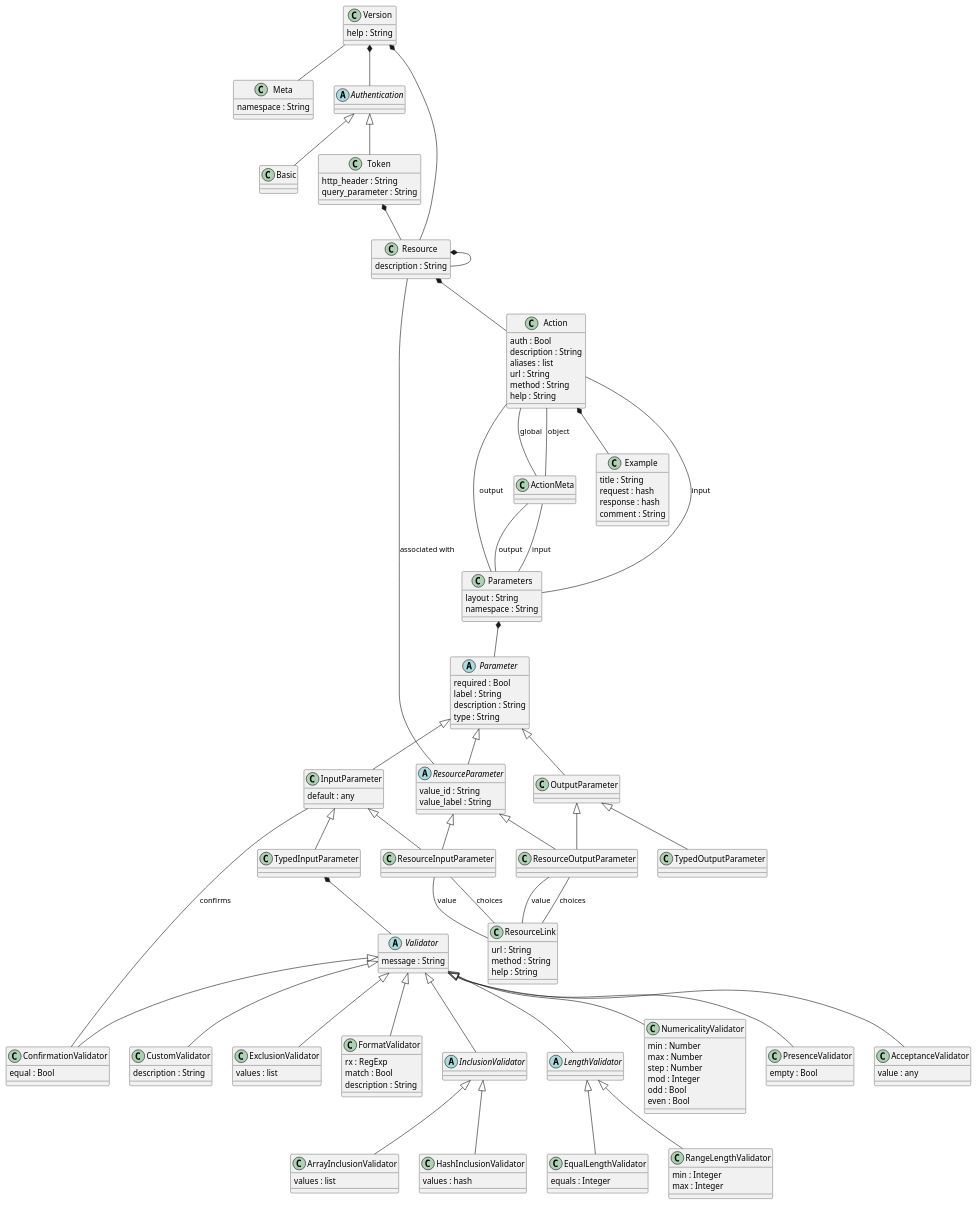
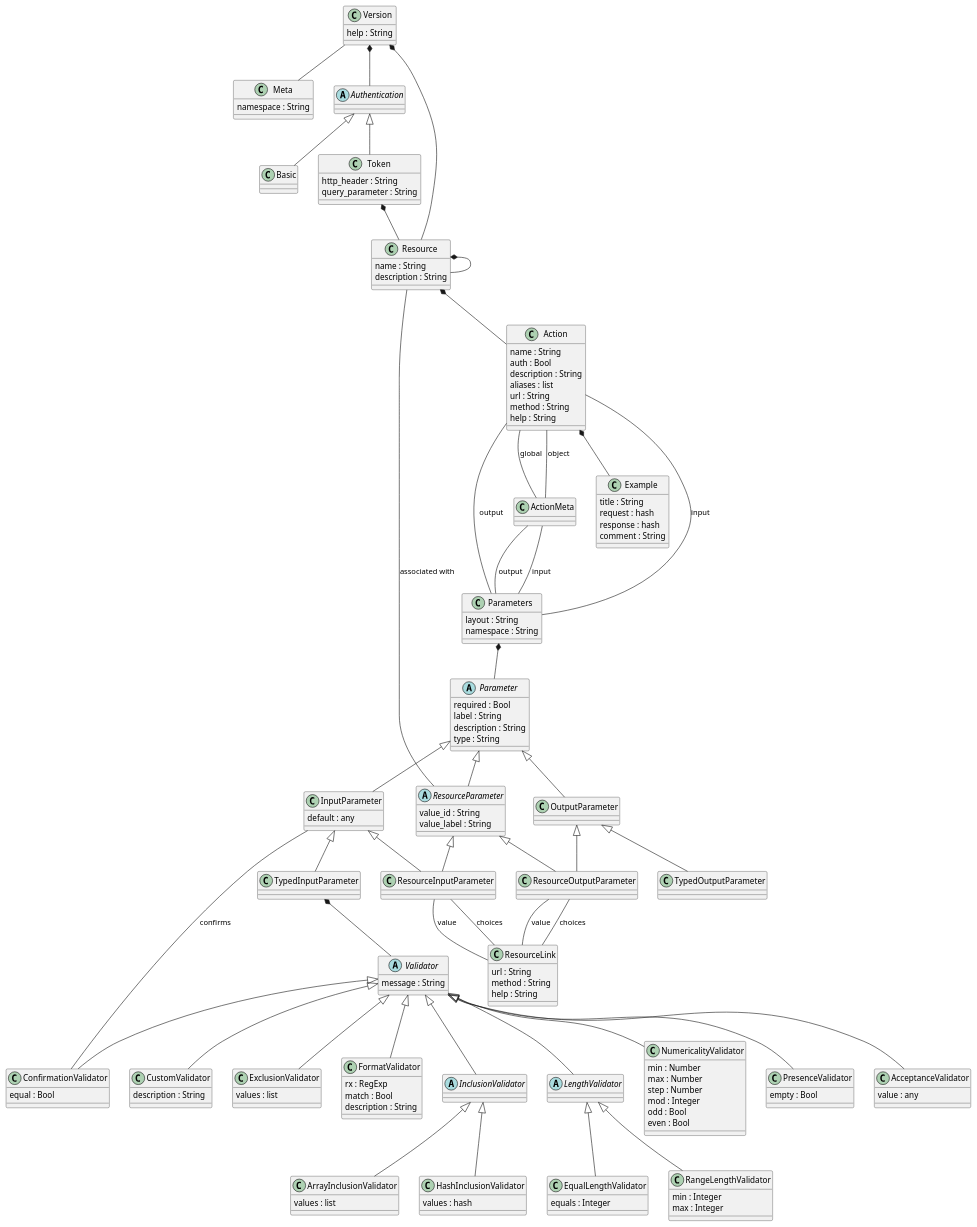
Before and after one commit to vpsfreecz/haveapi: the diagram in doc/protocol.plantuml, drawn with PlantUML. The commit also changed 1 other file, not shown here.

Commit message:
Protocol UML diagram: add name to Action and Resource

```diff
--- a/doc/protocol.plantuml
+++ b/doc/protocol.plantuml
@@ -22,10 +22,12 @@
 }
 
 class Resource {
+	name : String
 	description : String
 }
 
 class Action {
+	name : String
 	auth : Bool
 	description : String
 	aliases : list
```
